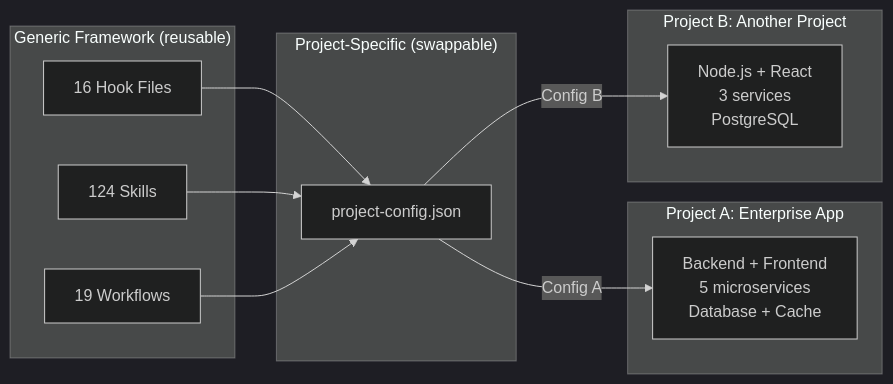
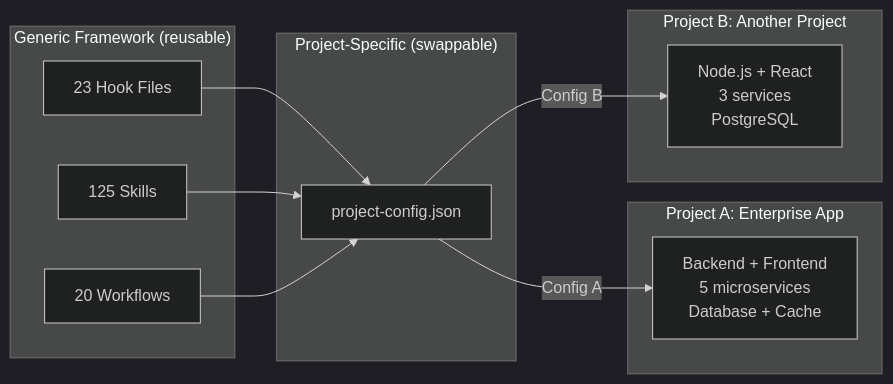
Before and after one commit to duc01226/easy-claude: the eighth of 20 diagrams in .claude/docs/claude-ai-agent-framework-guide.md, drawn with Mermaid (dark theme). The commit also changed other lines of this file and 786 other files, not shown here.

````diff
--- a/.claude/docs/claude-ai-agent-framework-guide.md
+++ b/.claude/docs/claude-ai-agent-framework-guide.md
@@ -901,24 +918,24 @@
 ```mermaid
 graph LR
     subgraph "Generic Framework (reusable)"
-        H[16 Hook Files]
-        S[124 Skills]
-        W[19 Workflows]
+        H[23 Hook Files]
+        S[125 Skills]
+        W[20 Workflows]
     end
 
     subgraph "Project-Specific (swappable)"
         PC[project-config.json]
     end
 
     subgraph "Project A: Enterprise App"
         PA[Backend + Frontend<br/>5 microservices<br/>Database + Cache]
     end
 
     subgraph "Project B: Another Project"
         PB[Node.js + React<br/>3 services<br/>PostgreSQL]
     end
 
     H & S & W --> PC
     PC -->|Config A| PA
     PC -->|Config B| PB
 ```
````
